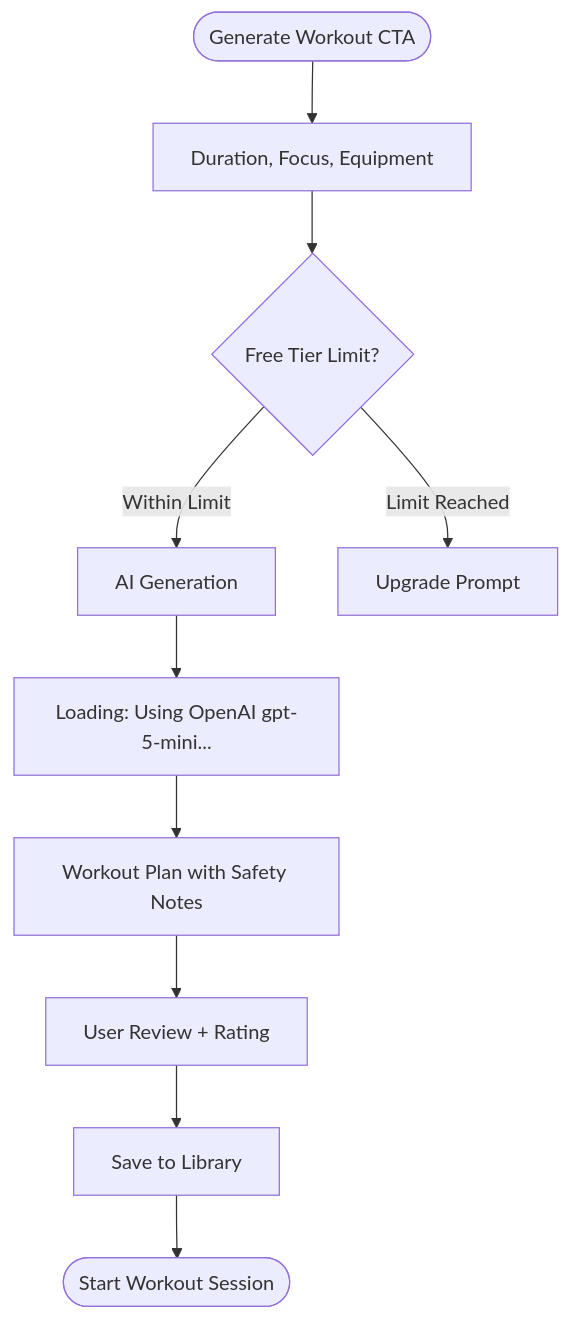
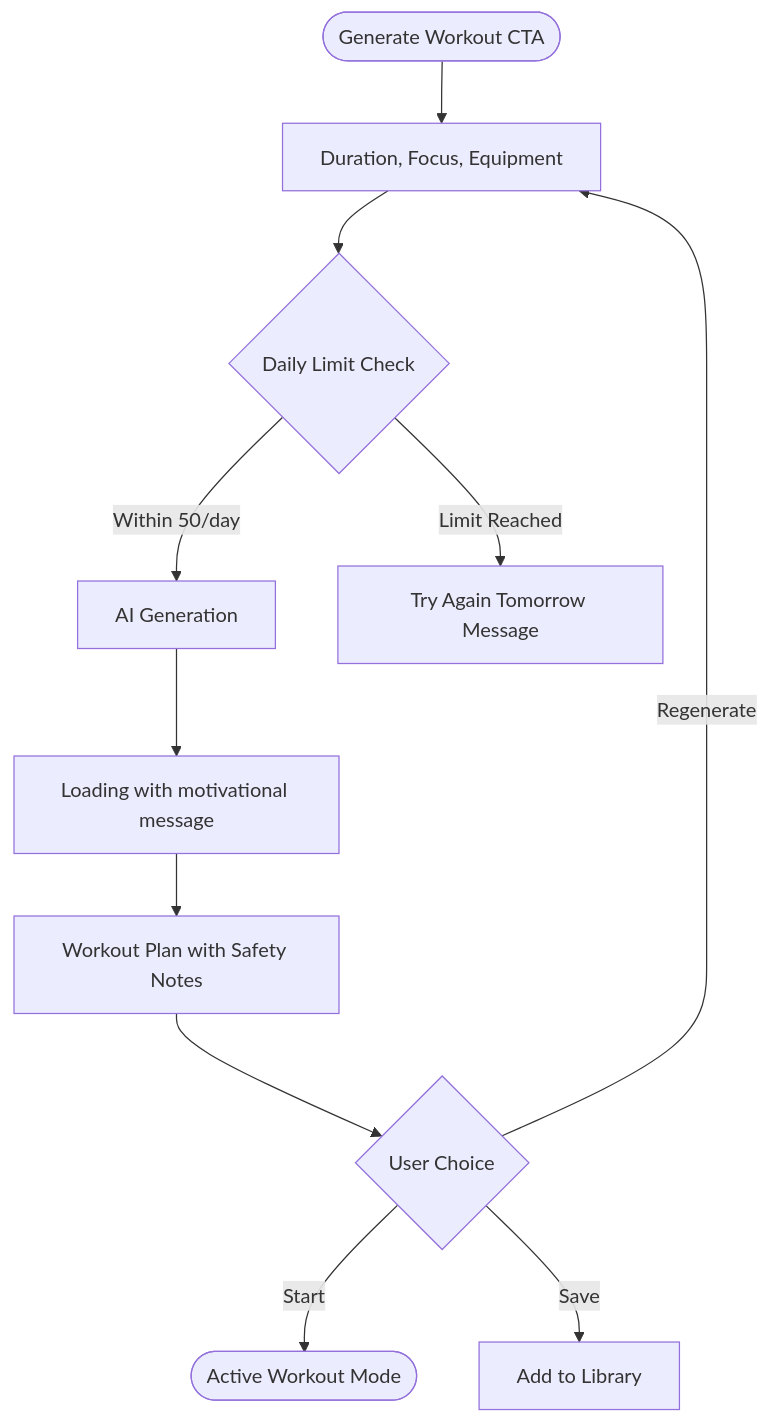
The tenth of 16 diagrams in docs/User_Experience.md (vedprakash-m/vigor), drawn with Mermaid before and after one commit. The commit also changed other lines of this file and 8 other files, not shown here.

````diff
--- a/docs/User_Experience.md
+++ b/docs/User_Experience.md
@@ -666,12 +898,13 @@
 ```mermaid
 flowchart TD
   Start([Generate Workout CTA]) --> Input[Duration, Focus, Equipment]
-  Input --> Check{Free Tier Limit?}
-  Check -->|Within Limit| AI[AI Generation]
-  Check -->|Limit Reached| Upgrade[Upgrade Prompt]
-  AI --> Loading[Loading: Using OpenAI gpt-5-mini...]
+  Input --> Check{Daily Limit Check}
+  Check -->|Within 50/day| AI[AI Generation]
+  Check -->|Limit Reached| Tomorrow[Try Again Tomorrow Message]
+  AI --> Loading[Loading with motivational message]
   Loading --> Generated[Workout Plan with Safety Notes]
-  Generated --> Review[User Review + Rating]
-  Review --> Save[Save to Library]
-  Save --> Session([Start Workout Session])
+  Generated --> Actions{User Choice}
+  Actions -->|Start| Session([Active Workout Mode])
+  Actions -->|Save| Library[Add to Library]
+  Actions -->|Regenerate| Input
 ```
````
